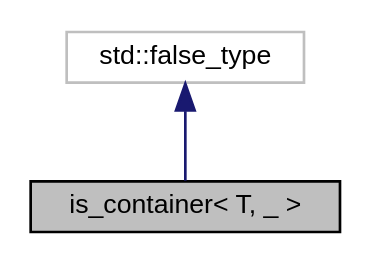
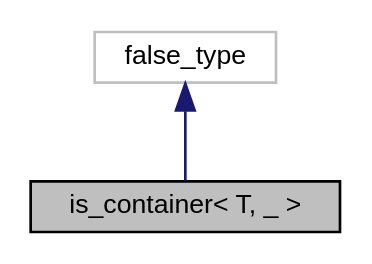
Before and after one commit to Rishat22/ConditionalIPAddressPrintingFunction: the diagram in structis__container__inherit__graph.dot, drawn with Graphviz. The commit also changed 45 other files, not shown here.

```diff
--- a/structis__container__inherit__graph.dot
+++ b/structis__container__inherit__graph.dot
@@ -1,9 +1,9 @@
 digraph "is_container&lt; T, _ &gt;"
 {
  // LATEX_PDF_SIZE
   edge [fontname="Helvetica",fontsize="10",labelfontname="Helvetica",labelfontsize="10"];
   node [fontname="Helvetica",fontsize="10",shape=record];
   Node1 [label="is_container\< T, _ \>",height=0.2,width=0.4,color="black", fillcolor="grey75", style="filled", fontcolor="black",tooltip=" "];
   Node2 -> Node1 [dir="back",color="midnightblue",fontsize="10",style="solid",fontname="Helvetica"];
-  Node2 [label="std::false_type",height=0.2,width=0.4,color="grey75", fillcolor="white", style="filled",tooltip=" "];
+  Node2 [label="false_type",height=0.2,width=0.4,color="grey75", fillcolor="white", style="filled",tooltip=" "];
 }
```
